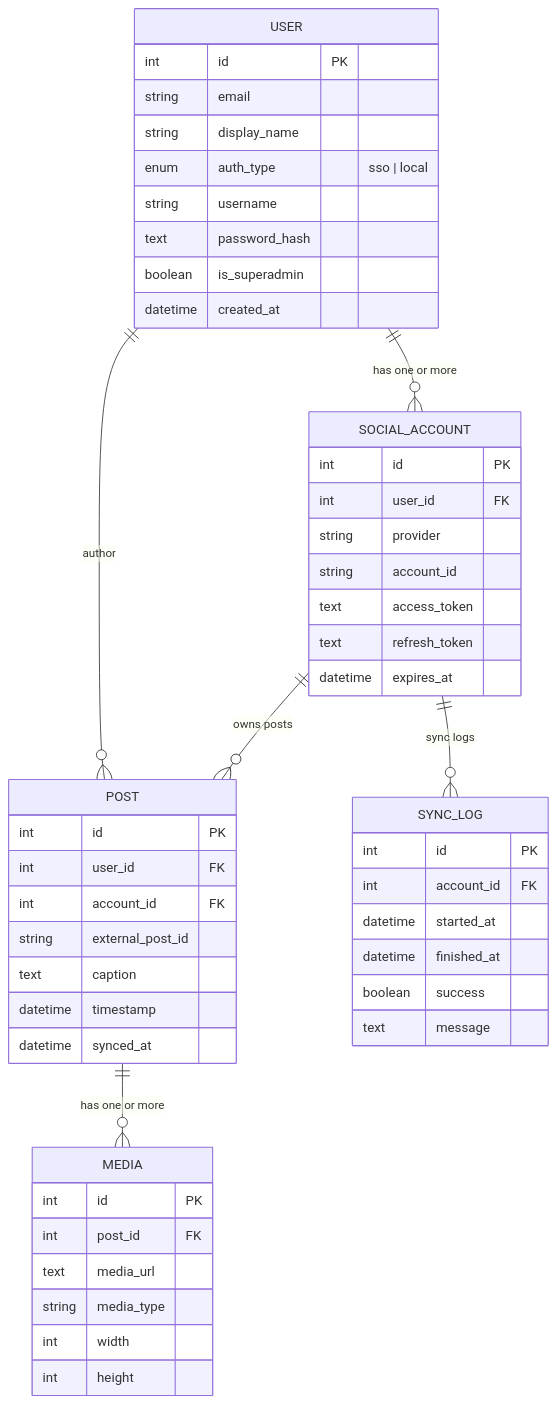
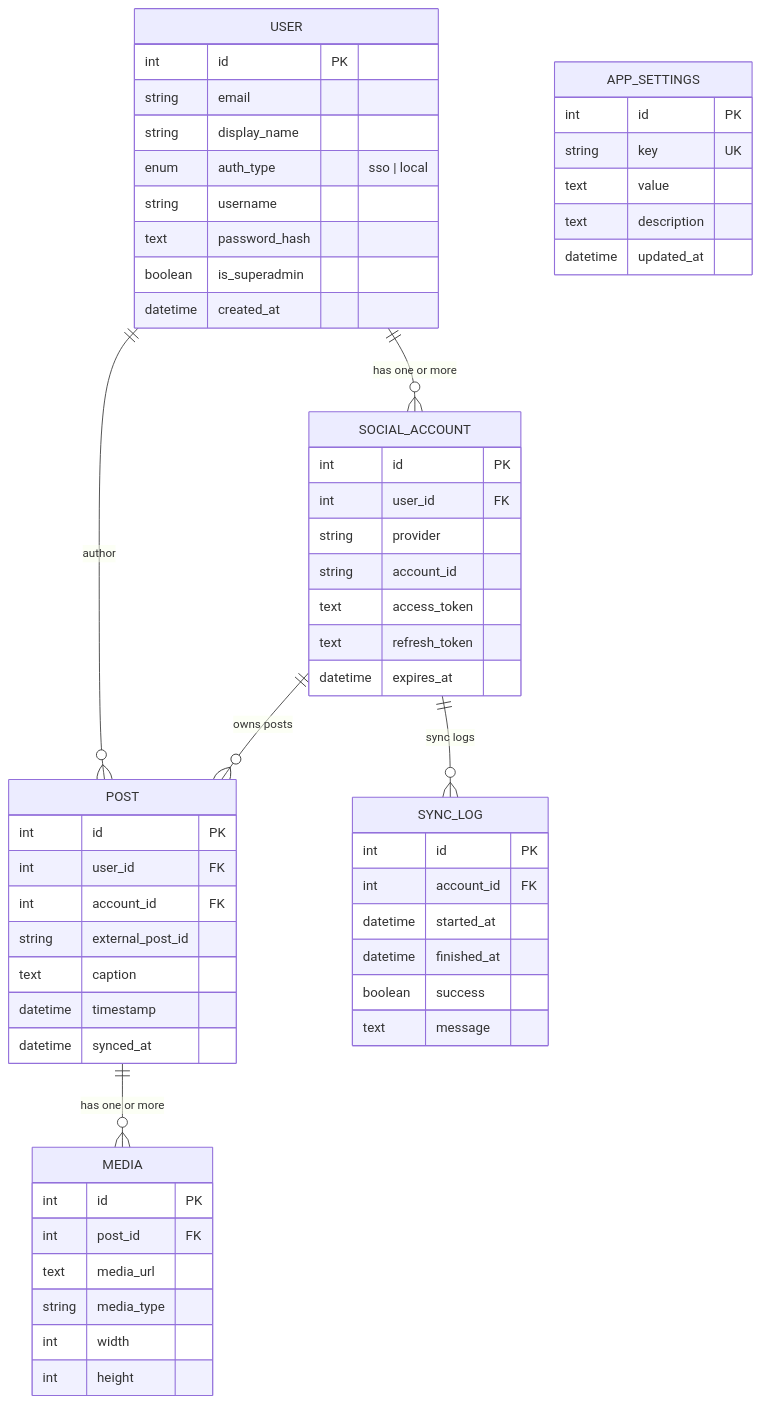
Before and after one commit to azwan082/photo-calendar: the eighth of 8 diagrams in SPEC.md, drawn with Mermaid. The commit also changed other lines of this file, not shown here.

Commit message:
add app settings & define rest api endpoints

````diff
--- a/SPEC.md
+++ b/SPEC.md
@@ -124,58 +124,66 @@
 ```mermaid
 erDiagram
     USER {
         int id PK
         string email
         string display_name
         enum auth_type  "sso | local"
         string username
         text password_hash
         boolean is_superadmin
         datetime created_at
     }
 
     SOCIAL_ACCOUNT {
         int id PK
         int user_id FK
         string provider
         string account_id
         text access_token
         text refresh_token
         datetime expires_at
     }
 
     POST {
         int id PK
         int user_id FK
         int account_id FK
         string external_post_id
         text caption
         datetime timestamp
         datetime synced_at
     }
 
     MEDIA {
         int id PK
         int post_id FK
         text media_url
         string media_type
         int width
         int height
     }
 
     SYNC_LOG {
         int id PK
         int account_id FK
         datetime started_at
         datetime finished_at
         boolean success
         text message
     }
 
+    APP_SETTINGS {
+        int id PK
+        string key UK
+        text value 
+        text description
+        datetime updated_at
+    }
+
     %% Relationships
     USER ||--o{ SOCIAL_ACCOUNT : "has one or more"
     SOCIAL_ACCOUNT ||--o{ POST : "owns posts"
     POST ||--o{ MEDIA : "has one or more"
     SOCIAL_ACCOUNT ||--o{ SYNC_LOG : "sync logs"
     USER ||--o{ POST : "author"
 ```
````
